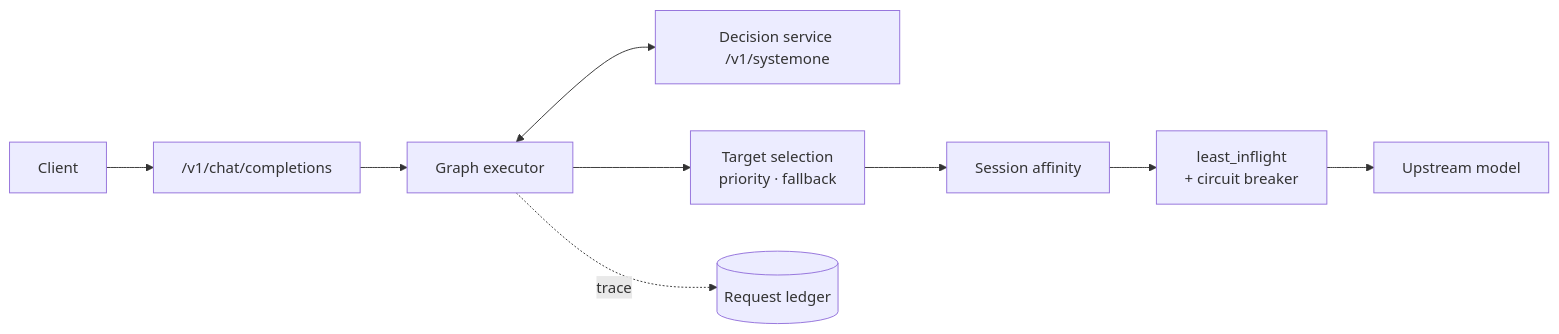
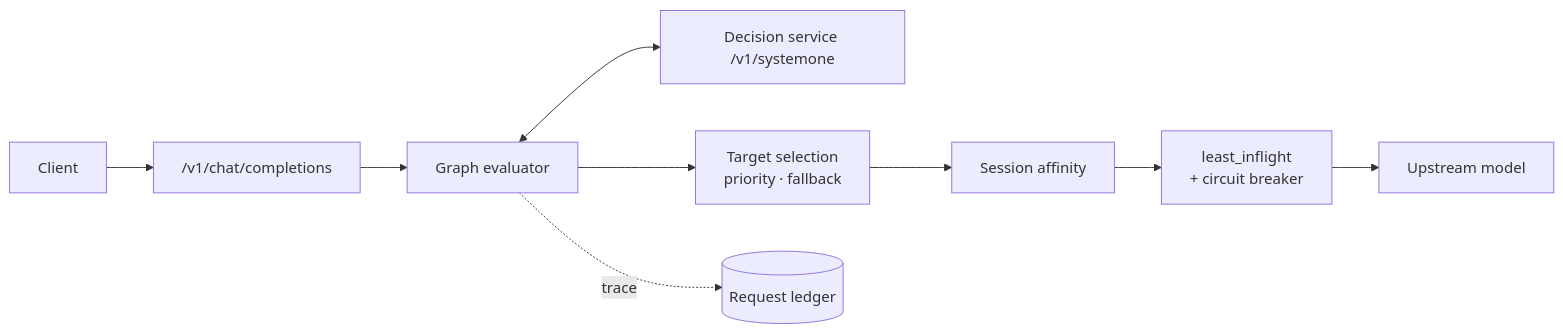
The diagram in README.md (Wayfinder-one/RoutePilot), drawn with Mermaid before and after one commit. The commit also changed other lines of this file and 13 other files, not shown here.

````diff
--- a/README.md
+++ b/README.md
@@ -22,11 +26,11 @@
 ```mermaid
 flowchart LR
   C[Client] --> V["/v1/chat/completions"]
-  V --> G[Graph executor]
+  V --> G[Graph evaluator]
   G <--> J["Decision service /v1/systemone"]
   G --> T["Target selection<br/>priority · fallback"]
   T --> A[Session affinity]
   A --> L["least_inflight<br/>+ circuit breaker"]
   L --> U[Upstream model]
   G -. trace .-> R[(Request ledger)]
 ```
````
